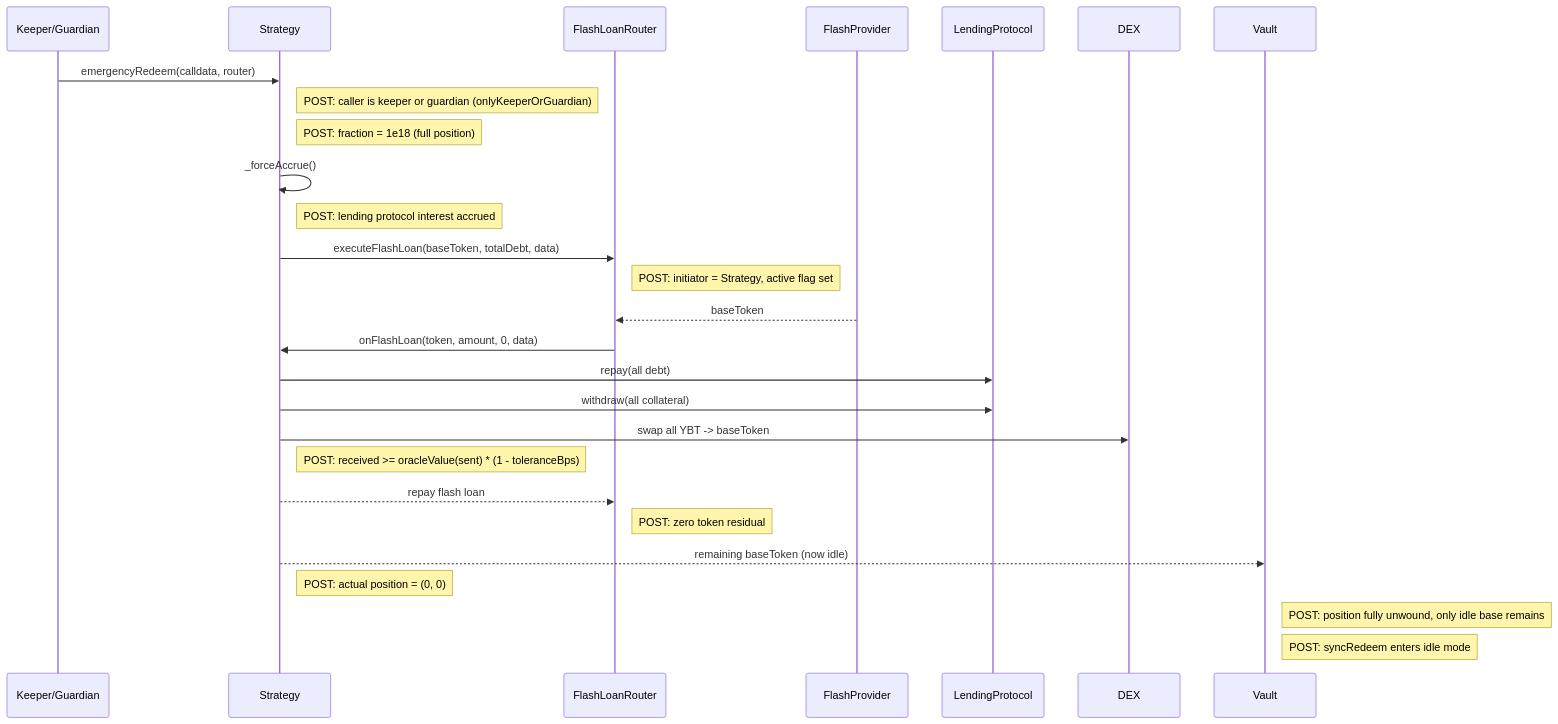
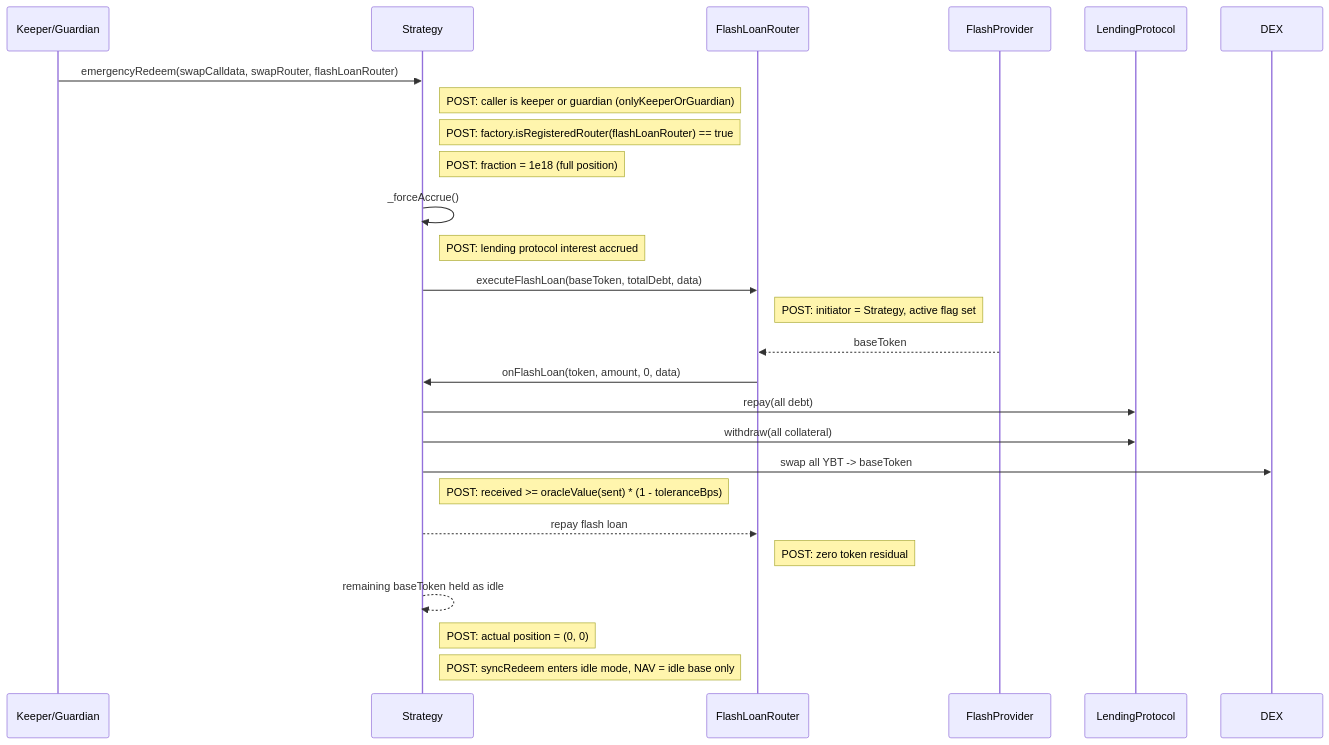
One commit to evgenynacu/leverage-vaults changed diagram 11 of 20 in docs/architecture/call-diagrams.md. Above: the diagram before and after it, drawn with Mermaid. The commit also changed other lines of this file and 25 other files, not shown here.

````diff
--- a/docs/architecture/call-diagrams.md
+++ b/docs/architecture/call-diagrams.md
@@ -248,22 +240,22 @@
 ```mermaid
 sequenceDiagram
-    Keeper/Guardian->>Strategy: emergencyRedeem(calldata, router)
+    Keeper/Guardian->>Strategy: emergencyRedeem(swapCalldata, swapRouter, flashLoanRouter)
     note right of Strategy: POST: caller is keeper or guardian (onlyKeeperOrGuardian)
+    note right of Strategy: POST: factory.isRegisteredRouter(flashLoanRouter) == true
     note right of Strategy: POST: fraction = 1e18 (full position)
     Strategy->>Strategy: _forceAccrue()
     note right of Strategy: POST: lending protocol interest accrued
     Strategy->>FlashLoanRouter: executeFlashLoan(baseToken, totalDebt, data)
     note right of FlashLoanRouter: POST: initiator = Strategy, active flag set
     FlashProvider-->>FlashLoanRouter: baseToken
     FlashLoanRouter->>Strategy: onFlashLoan(token, amount, 0, data)
     Strategy->>LendingProtocol: repay(all debt)
     Strategy->>LendingProtocol: withdraw(all collateral)
     Strategy->>DEX: swap all YBT -> baseToken
     note right of Strategy: POST: received >= oracleValue(sent) * (1 - toleranceBps)
     Strategy-->>FlashLoanRouter: repay flash loan
     note right of FlashLoanRouter: POST: zero token residual
-    Strategy-->>Vault: remaining baseToken (now idle)
+    Strategy-->>Strategy: remaining baseToken held as idle
     note right of Strategy: POST: actual position = (0, 0)
-    note right of Vault: POST: position fully unwound, only idle base remains
-    note right of Vault: POST: syncRedeem enters idle mode
+    note right of Strategy: POST: syncRedeem enters idle mode, NAV = idle base only
 ```
````
